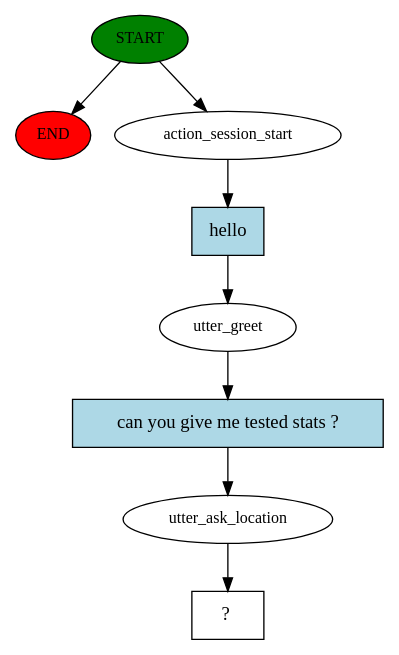
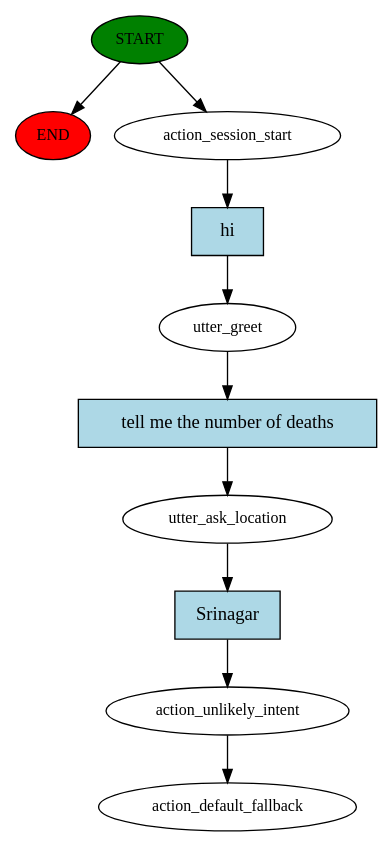
The diagram in story_graph.dot (TeamEpicProjects/CovoBot), drawn with Graphviz before and after one commit. The commit also changed 14 other files, not shown here.

```diff
--- a/story_graph.dot
+++ b/story_graph.dot
@@ -1,17 +1,21 @@
 digraph  {
 0 [class="start active", fillcolor=green, fontsize=12, label=START, style=filled];
 "-1" [class=end, fillcolor=red, fontsize=12, label=END, style=filled];
 1 [class=active, fontsize=12, label=action_session_start];
 2 [class=active, fontsize=12, label=utter_greet];
 3 [class=active, fontsize=12, label=utter_ask_location];
-4 [class="intent dashed active", label="  ?  ", shape=rect];
-5 [class="intent active", fillcolor=lightblue, label=hello, shape=rect, style=filled];
-6 [class="intent active", fillcolor=lightblue, label="can you give me tested stats ?", shape=rect, style=filled];
+4 [class=active, fontsize=12, label=action_unlikely_intent];
+5 [class="dashed active", fontsize=12, label=action_default_fallback];
+6 [class="intent active", fillcolor=lightblue, label=hi, shape=rect, style=filled];
+7 [class="intent active", fillcolor=lightblue, label="tell me the number of deaths", shape=rect, style=filled];
+8 [class="intent active", fillcolor=lightblue, label=Srinagar, shape=rect, style=filled];
 0 -> "-1"  [class="", key=NONE, label=""];
 0 -> 1  [class=active, key=NONE, label=""];
-1 -> 5  [class=active, key=0];
-2 -> 6  [class=active, key=0];
-3 -> 4  [class=active, key=NONE, label=""];
-5 -> 2  [class=active, key=0];
-6 -> 3  [class=active, key=0];
+1 -> 6  [class=active, key=0];
+2 -> 7  [class=active, key=0];
+3 -> 8  [class=active, key=0];
+4 -> 5  [class=active, key=NONE, label=""];
+6 -> 2  [class=active, key=0];
+7 -> 3  [class=active, key=0];
+8 -> 4  [class=active, key=0];
 }
```
